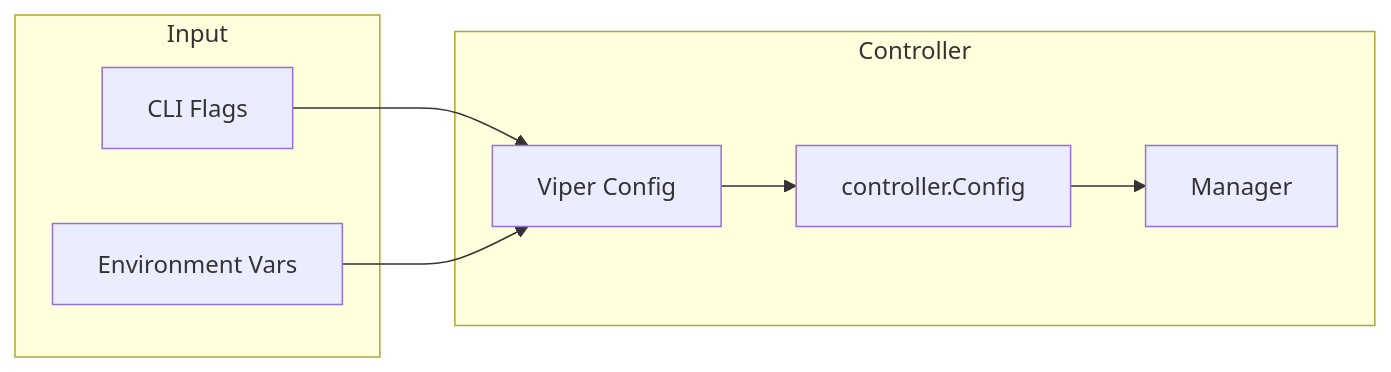
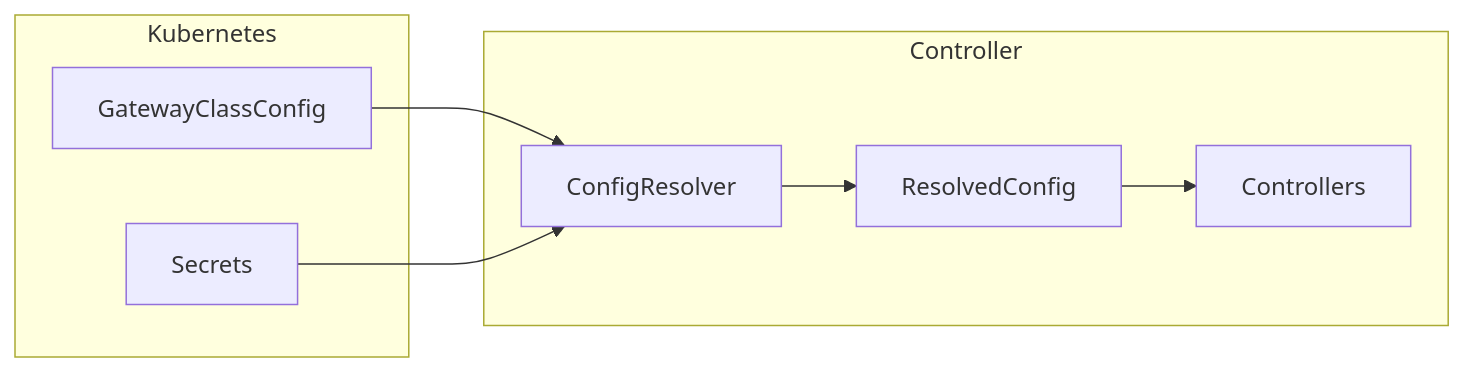
The fourth of 6 diagrams in docs/ARCHITECTURE.md (lexfrei/cloudflare-tunnel-gateway-controller), drawn with Mermaid before and after one commit. The commit also changed other lines of this file and 7 other files, not shown here.

````diff
--- a/docs/ARCHITECTURE.md
+++ b/docs/ARCHITECTURE.md
@@ -139,18 +180,18 @@
 ```mermaid
 flowchart LR
-    subgraph Input
-        FLAGS[CLI Flags]
-        ENV[Environment Vars]
+    subgraph Kubernetes
+        GCC[GatewayClassConfig]
+        SEC[Secrets]
     end
 
     subgraph Controller
-        VIPER[Viper Config]
-        CONFIG[controller.Config]
-        MGR[Manager]
+        RES[ConfigResolver]
+        CONFIG[ResolvedConfig]
+        CTRL[Controllers]
     end
 
-    FLAGS --> VIPER
-    ENV --> VIPER
-    VIPER --> CONFIG
-    CONFIG --> MGR
+    GCC --> RES
+    SEC --> RES
+    RES --> CONFIG
+    CONFIG --> CTRL
 ```
````
